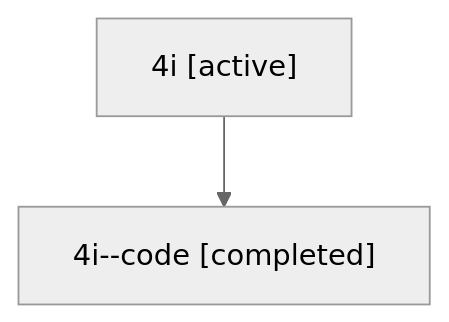
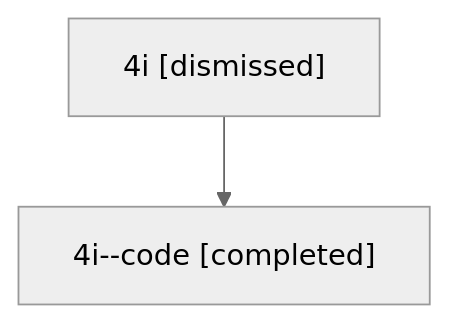
One commit to sase-org/sase--agents changed the diagram in sessions/bbugyi200.athena.4i.md. Above: the diagram before and after it, drawn with Mermaid (neutral theme). The commit also changed other lines of this file and 18 other files, not shown here.

````diff
--- a/sessions/bbugyi200.athena.4i.md
+++ b/sessions/bbugyi200.athena.4i.md
@@ -9,6 +9,6 @@
 ```mermaid
 flowchart TD
-  n0["4i [active]"]
+  n0["4i [dismissed]"]
   n1["4i--code [completed]"]
   n0 --> n1
 ```
````
